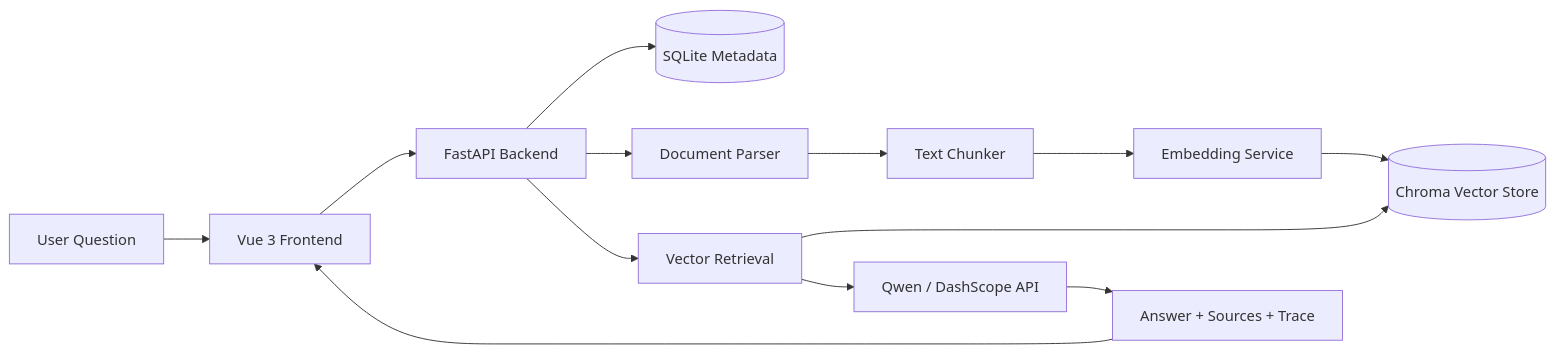
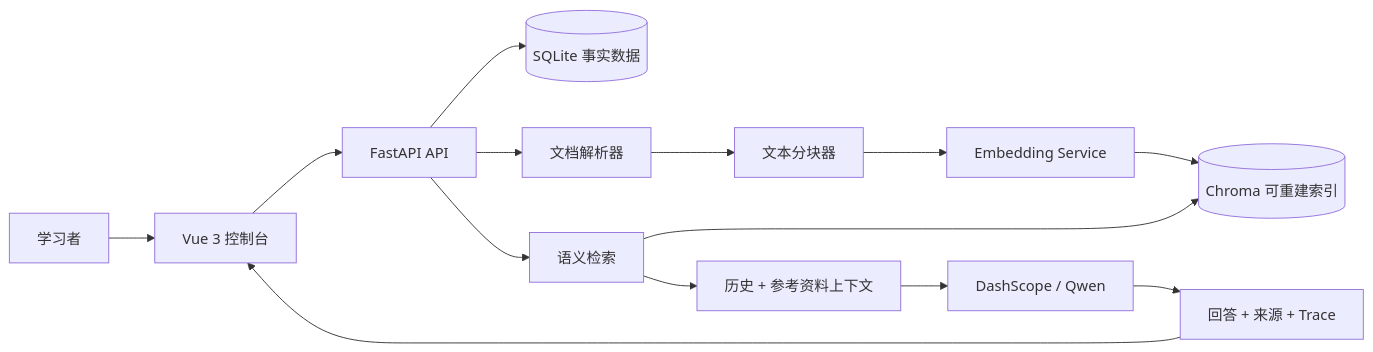
Before and after one commit to LBStruggleee/KnowFlow: the diagram in README.md, drawn with Mermaid. The commit also changed other lines of this file, not shown here.

````diff
--- a/README.md
+++ b/README.md
@@ -57,15 +50,16 @@
 ```mermaid
 flowchart LR
-    User[User Question] --> Frontend[Vue 3 Frontend]
-    Frontend --> API[FastAPI Backend]
-    API --> KB[(SQLite Metadata)]
-    API --> Parser[Document Parser]
-    Parser --> Chunker[Text Chunker]
-    Chunker --> Embedding[Embedding Service]
-    Embedding --> Chroma[(Chroma Vector Store)]
-    API --> Retrieval[Vector Retrieval]
-    Retrieval --> Chroma
-    Retrieval --> LLM[Qwen / DashScope API]
-    LLM --> Answer[Answer + Sources + Trace]
-    Answer --> Frontend
+    User[学习者] --> Frontend[Vue 3 控制台]
+    Frontend --> API[FastAPI API]
+    API --> SQLite[(SQLite 事实数据)]
+    API --> Parser[文档解析器]
+    Parser --> Chunker[文本分块器]
+    Chunker --> Embed[Embedding Service]
+    Embed --> Chroma[(Chroma 可重建索引)]
+    API --> Retrieve[语义检索]
+    Retrieve --> Chroma
+    Retrieve --> Context[历史 + 参考资料上下文]
+    Context --> LLM[DashScope / Qwen]
+    LLM --> Result[回答 + 来源 + Trace]
+    Result --> Frontend
 ```
````
